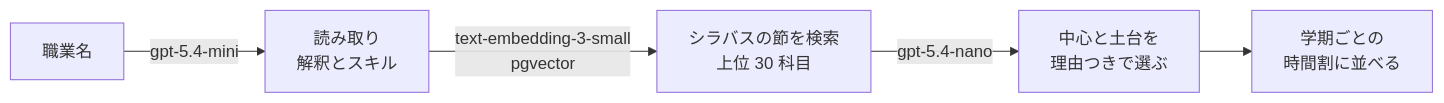
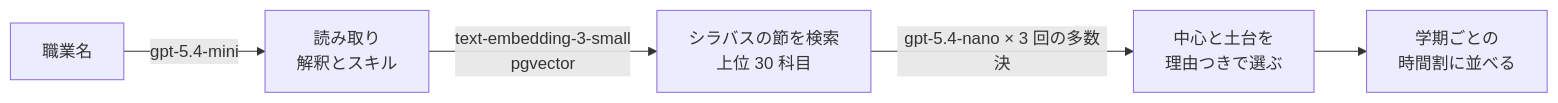
Before and after one commit to h11roki/Shirube: the second of 2 diagrams in README.md, drawn with Mermaid. The commit also changed other lines of this file and 2 other files, not shown here.

````diff
--- a/README.md
+++ b/README.md
@@ -71,7 +71,7 @@
 ```mermaid
 flowchart LR
   J[職業名] -->|gpt-5.4-mini| R[読み取り<br/>解釈とスキル]
   R -->|text-embedding-3-small<br/>pgvector| S[シラバスの節を検索<br/>上位 30 科目]
-  S -->|gpt-5.4-nano| C[中心と土台を<br/>理由つきで選ぶ]
+  S -->|gpt-5.4-nano × 3 回の多数決| C[中心と土台を<br/>理由つきで選ぶ]
   C --> T[学期ごとの<br/>時間割に並べる]
 ```
````
